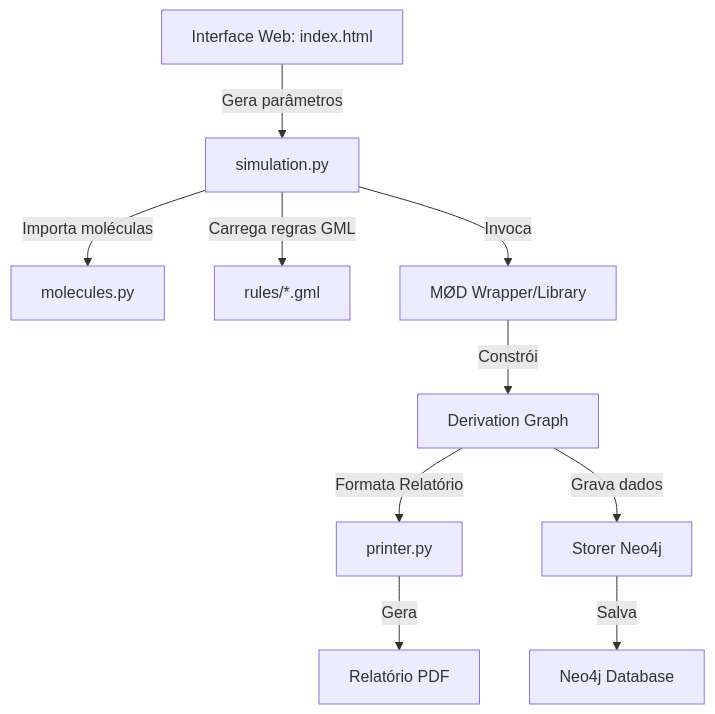
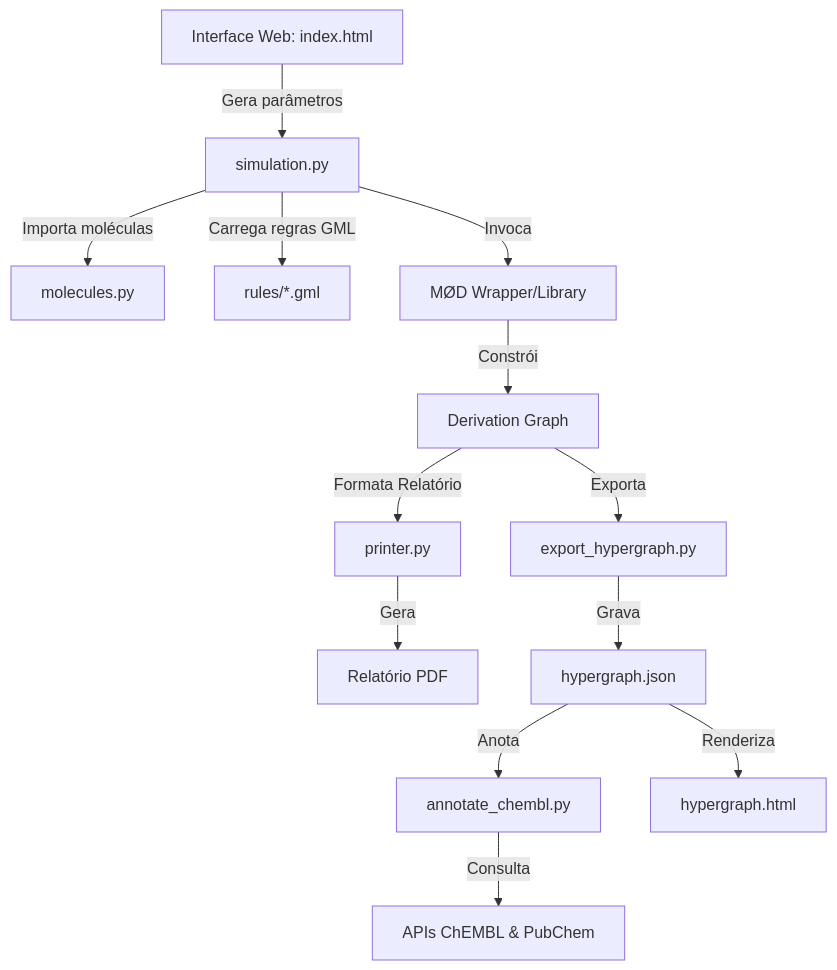
The second of 2 diagrams in README.PTBR.md (waldeyr/2PathTerpenes), drawn with Mermaid before and after one commit. The commit also changed other lines of this file and 17 other files, not shown here.

````diff
--- a/README.PTBR.md
+++ b/README.PTBR.md
@@ -25,12 +103,15 @@
 ```mermaid
 graph TD
     UI[Interface Web: index.html] -->|Gera parâmetros| SimPy[simulation.py]
     SimPy -->|Importa moléculas| MolPy[molecules.py]
     SimPy -->|Carrega regras GML| RulesGML[rules/*.gml]
     SimPy -->|Invoca| MOD[MØD Wrapper/Library]
     MOD -->|Constrói| DG[Derivation Graph]
     DG -->|Formata Relatório| PrintPy[printer.py]
     PrintPy -->|Gera| PDF[Relatório PDF]
-    DG -->|Grava dados| Neo4jStore[Storer Neo4j]
-    Neo4jStore -->|Salva| Neo4j[Neo4j Database]
+    DG -->|Exporta| ExportPy[export_hypergraph.py]
+    ExportPy -->|Grava| HGJSON[hypergraph.json]
+    HGJSON -->|Anota| AnnotatePy[annotate_chembl.py]
+    AnnotatePy -->|Consulta| ChEMBL[APIs ChEMBL & PubChem]
+    HGJSON -->|Renderiza| HGHTML[hypergraph.html]
 ```
````
